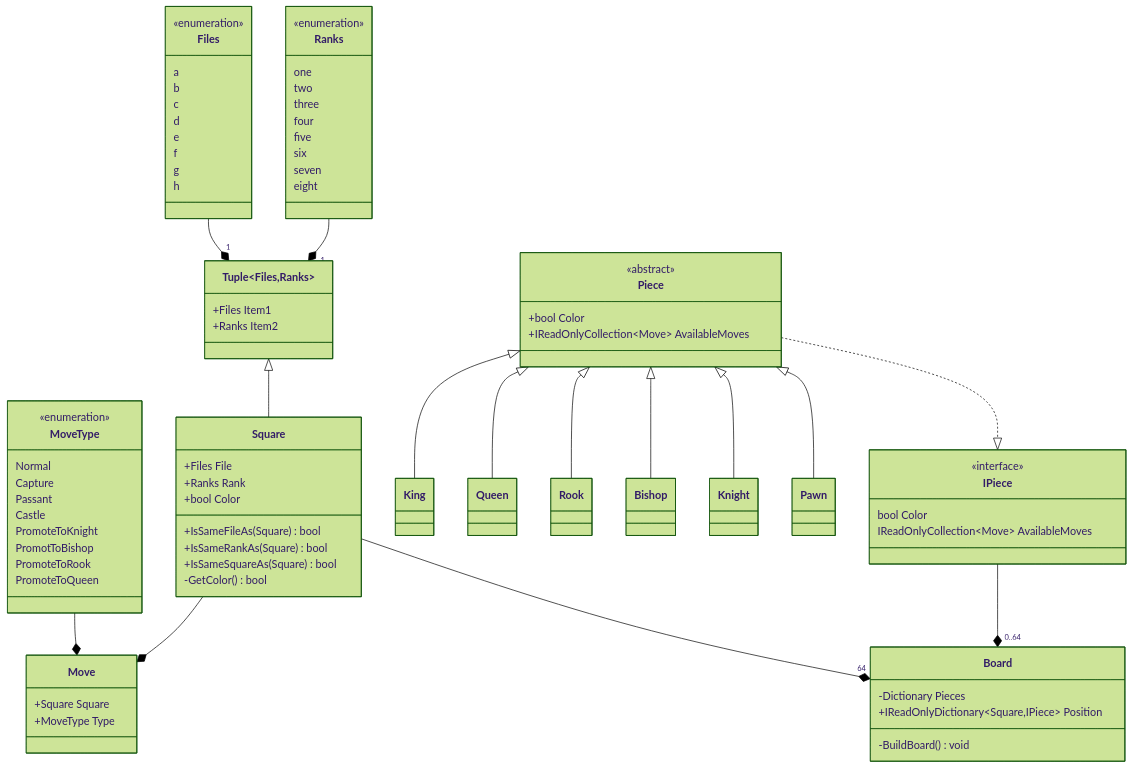
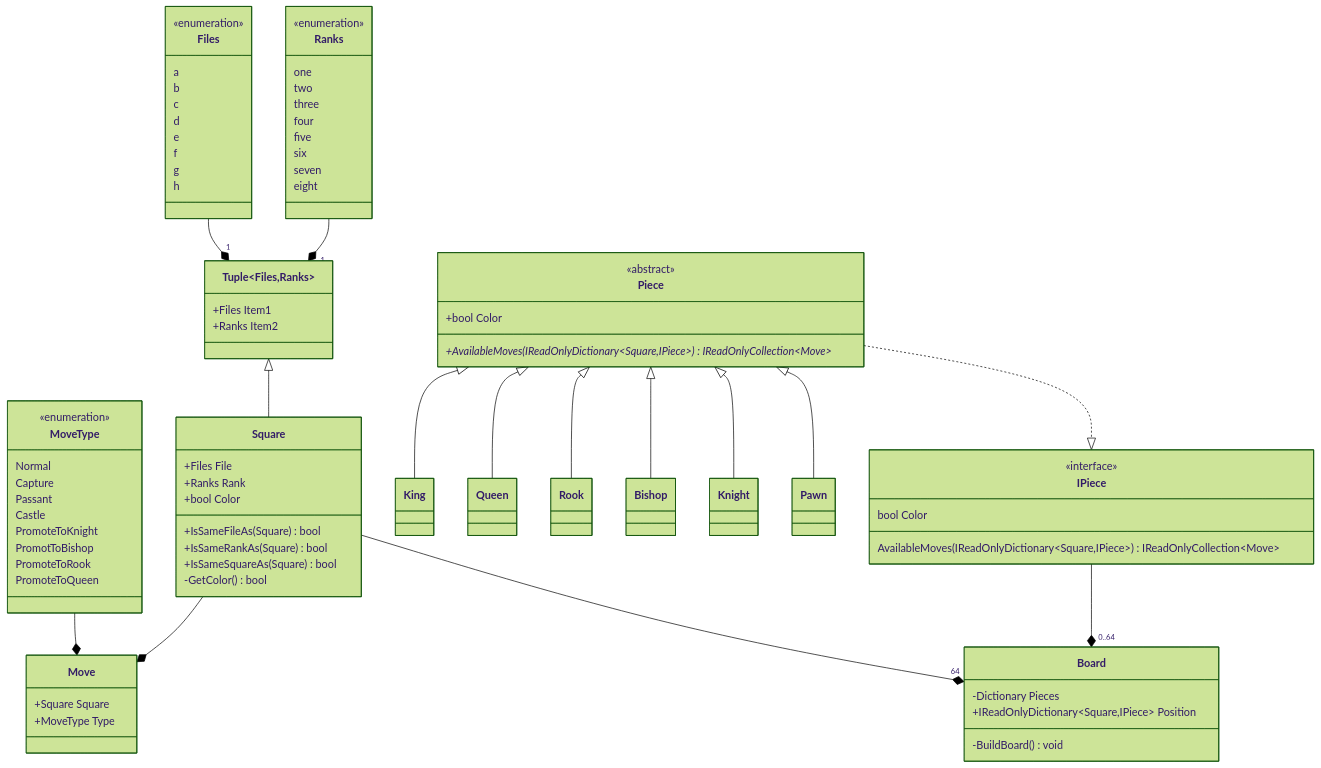
Before and after one commit to JeanLColombo/Mate: the diagram in UML Diagram/Core/Core.md, drawn with Mermaid (forest theme). The commit also changed 2 other files, not shown here.

Commit message:
Implemented AvailableMoves as a method.

```diff
--- a/UML Diagram/Core/Core.md
+++ b/UML Diagram/Core/Core.md
@@ -58,12 +58,12 @@
     class IPiece{
         <<interface>>
         bool Color
-        IReadOnlyCollection~Move~ AvailableMoves 
+        AvailableMoves(IReadOnlyDictionary~Square,IPiece~) IReadOnlyCollection~Move~  
     }
     class Piece{
         <<abstract>>
         +bool Color
-        +IReadOnlyCollection~Move~ AvailableMoves 
+        +AvailableMoves(IReadOnlyDictionary~Square,IPiece~)* IReadOnlyCollection~Move~  
     }
     class Pawn{
     }
```
